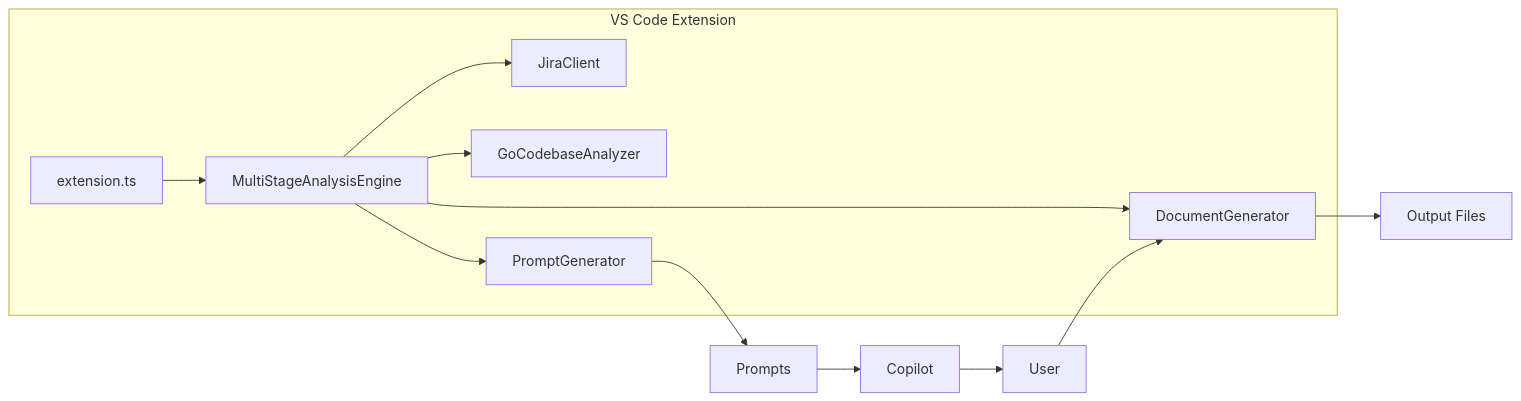
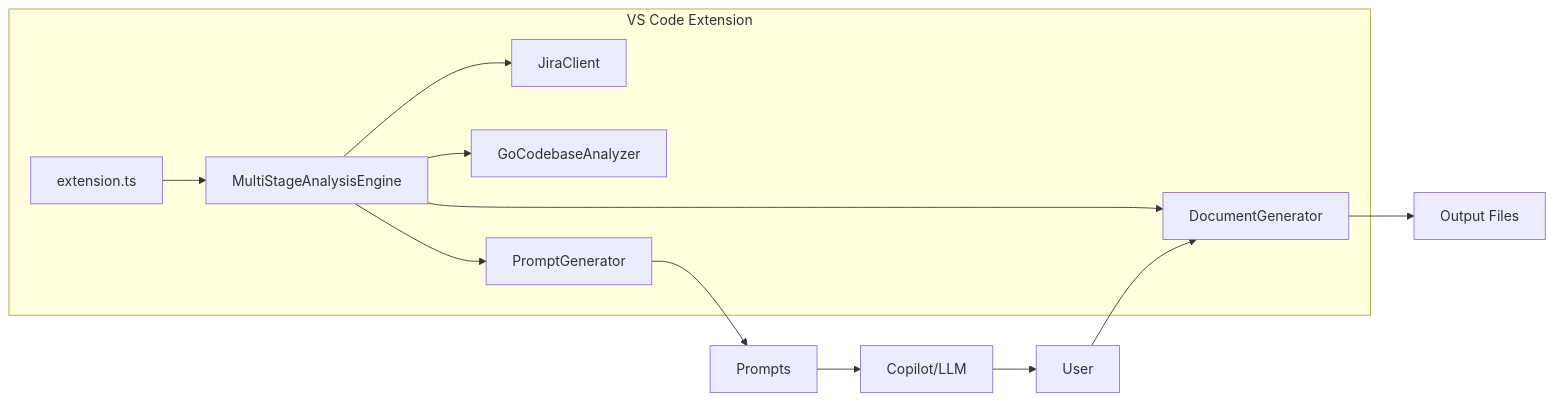
Before and after one commit to Srinidhi94/Product-Owner-AI-Agent: the fourth of 4 diagrams in docs/ARCHITECTURE.md, drawn with Mermaid. The commit also changed other lines of this file and 5 other files, not shown here.

Commit message:
docs: comprehensive overhaul for PRD, architecture, user, developer, PoC guides, and README; clarify workflow, add visuals, align with product vision

````diff
--- a/docs/ARCHITECTURE.md
+++ b/docs/ARCHITECTURE.md
@@ -66,15 +99,15 @@
 ```mermaid
 graph LR
     subgraph VS Code Extension
       A[extension.ts] --> B[MultiStageAnalysisEngine]
       B --> C[JiraClient]
       B --> D[GoCodebaseAnalyzer]
       B --> E[PromptGenerator]
       B --> F[DocumentGenerator]
     end
     F --> G[Output Files]
     E --> H[Prompts]
-    H --> I[Copilot]
+    H --> I[Copilot/LLM]
     I --> J[User]
     J --> F
 ```
````
